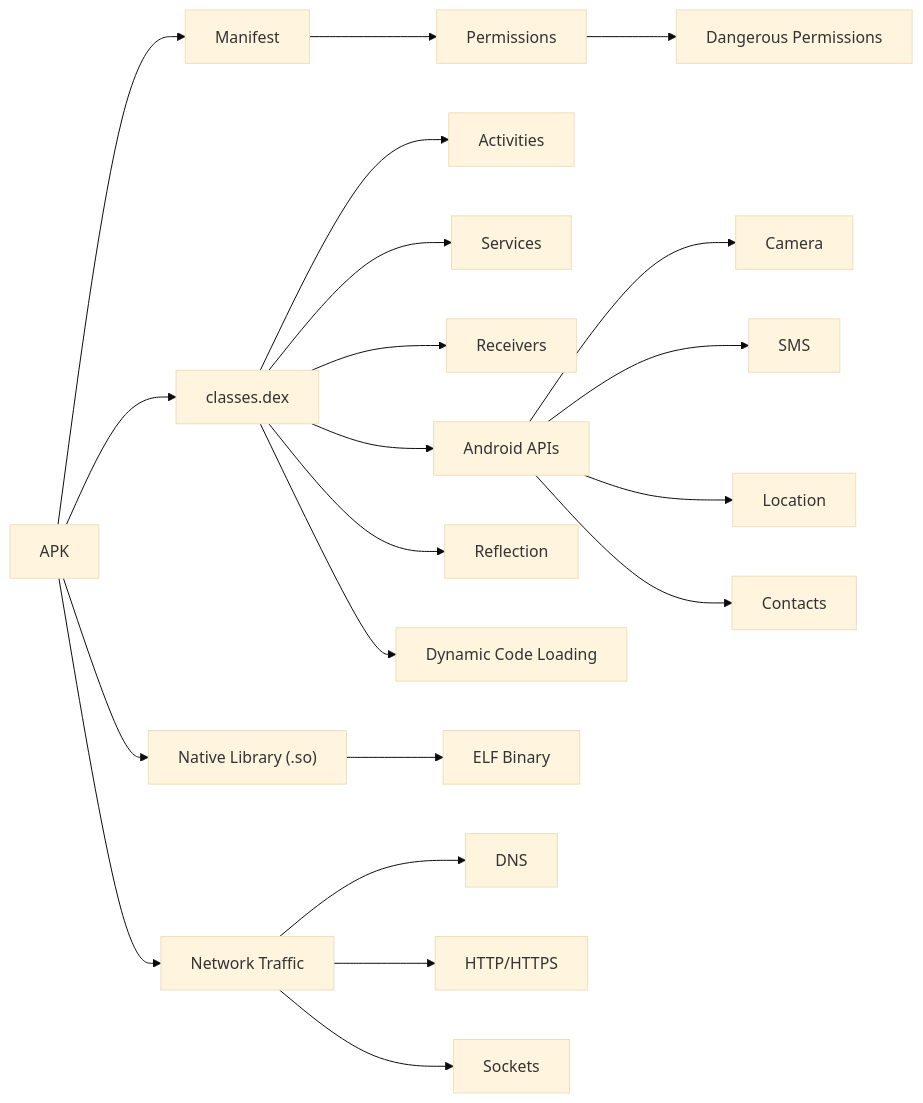
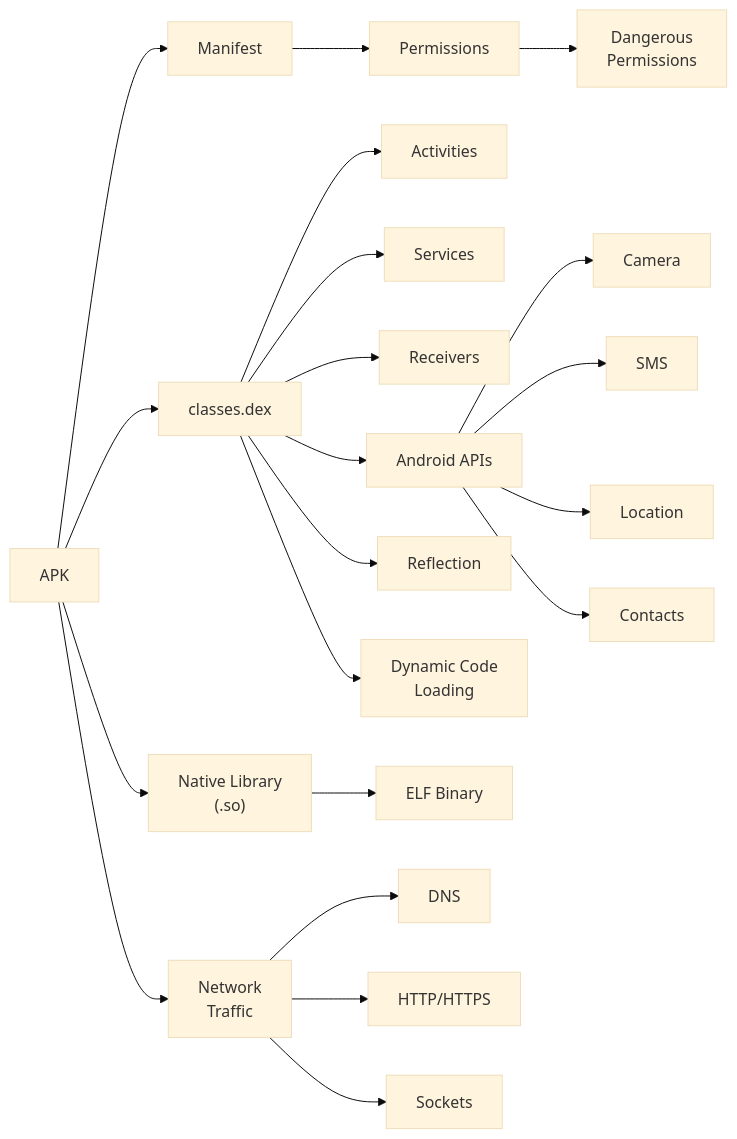
One commit to cybersecurity-dev/awesome-apk-feature-extractor changed the diagram in README.md. Above: the diagram before and after it, drawn with Mermaid (base theme).

Commit message:
++small fix

````diff
--- a/README.md
+++ b/README.md
@@ -8,37 +8,37 @@
 ```mermaid
 flowchart LR
 
     APK["APK"]
 
     APK --> MANIFEST["Manifest"]
 
     APK --> DEX["classes.dex"]
 
-    APK --> SO["Native Library (.so)"]
+    APK --> SO["Native Library<br/>(.so)"]
 
     SO --> ELF["ELF Binary"]
 
     DEX --> ACT["Activities"]
     DEX --> SERV["Services"]
     DEX --> REC["Receivers"]
 
     DEX --> API["Android APIs"]
 
     API --> CAMERA["Camera"]
     API --> SMS["SMS"]
     API --> LOCATION["Location"]
     API --> CONTACTS["Contacts"]
 
     DEX --> REFLECT["Reflection"]
-    DEX --> DEXLOAD["Dynamic Code Loading"]
+    DEX --> DEXLOAD["Dynamic Code<br/>Loading"]
 
     MANIFEST --> PERM["Permissions"]
 
-    PERM --> DANGER["Dangerous Permissions"]
+    PERM --> DANGER["Dangerous<br/>Permissions"]
 
-    APK --> C2["Network Traffic"]
+    APK --> C2["Network<br/>Traffic"]
 
     C2 --> DNS["DNS"]
     C2 --> HTTP["HTTP/HTTPS"]
     C2 --> SOCKET["Sockets"]
 ```
````
